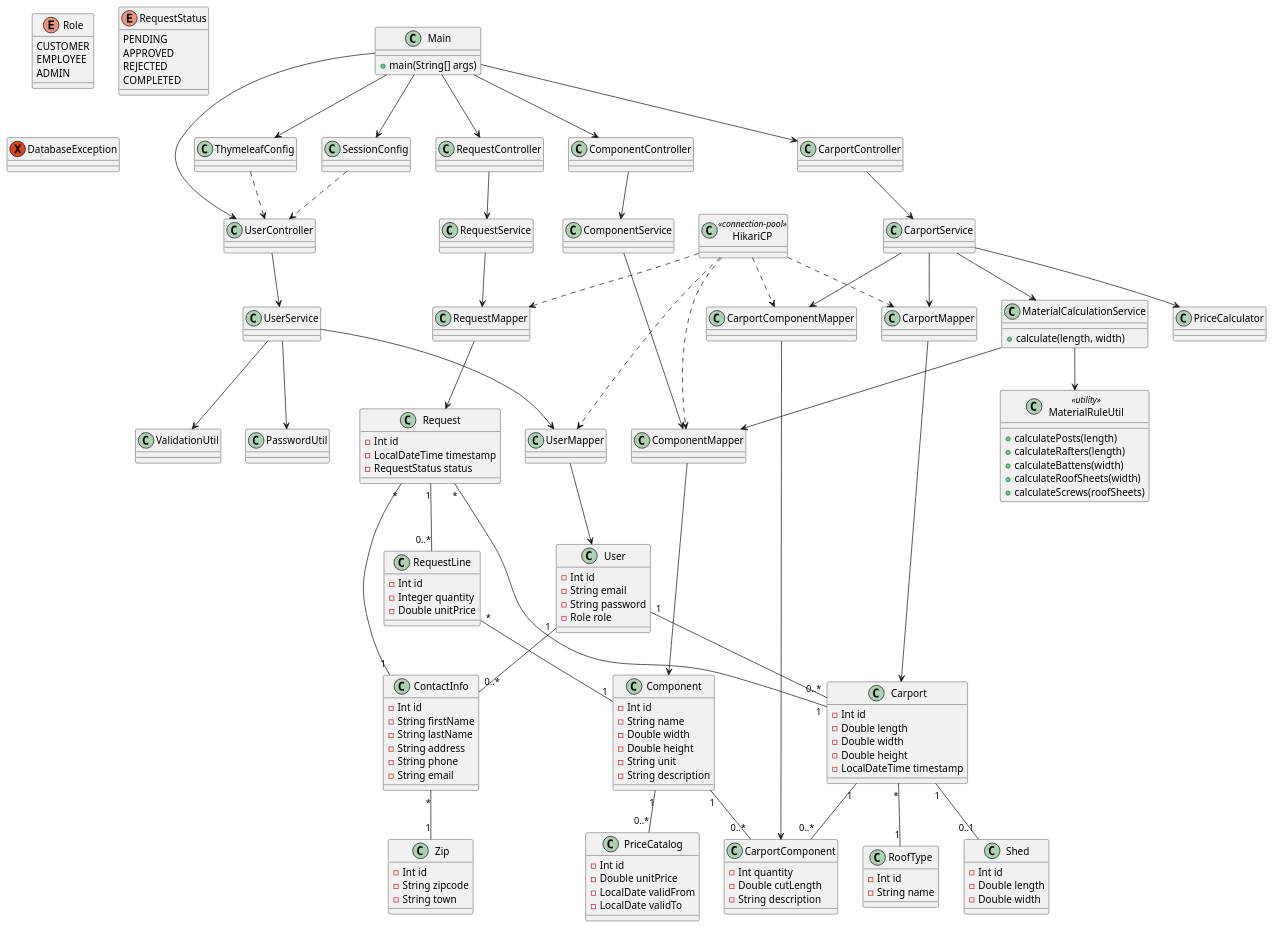
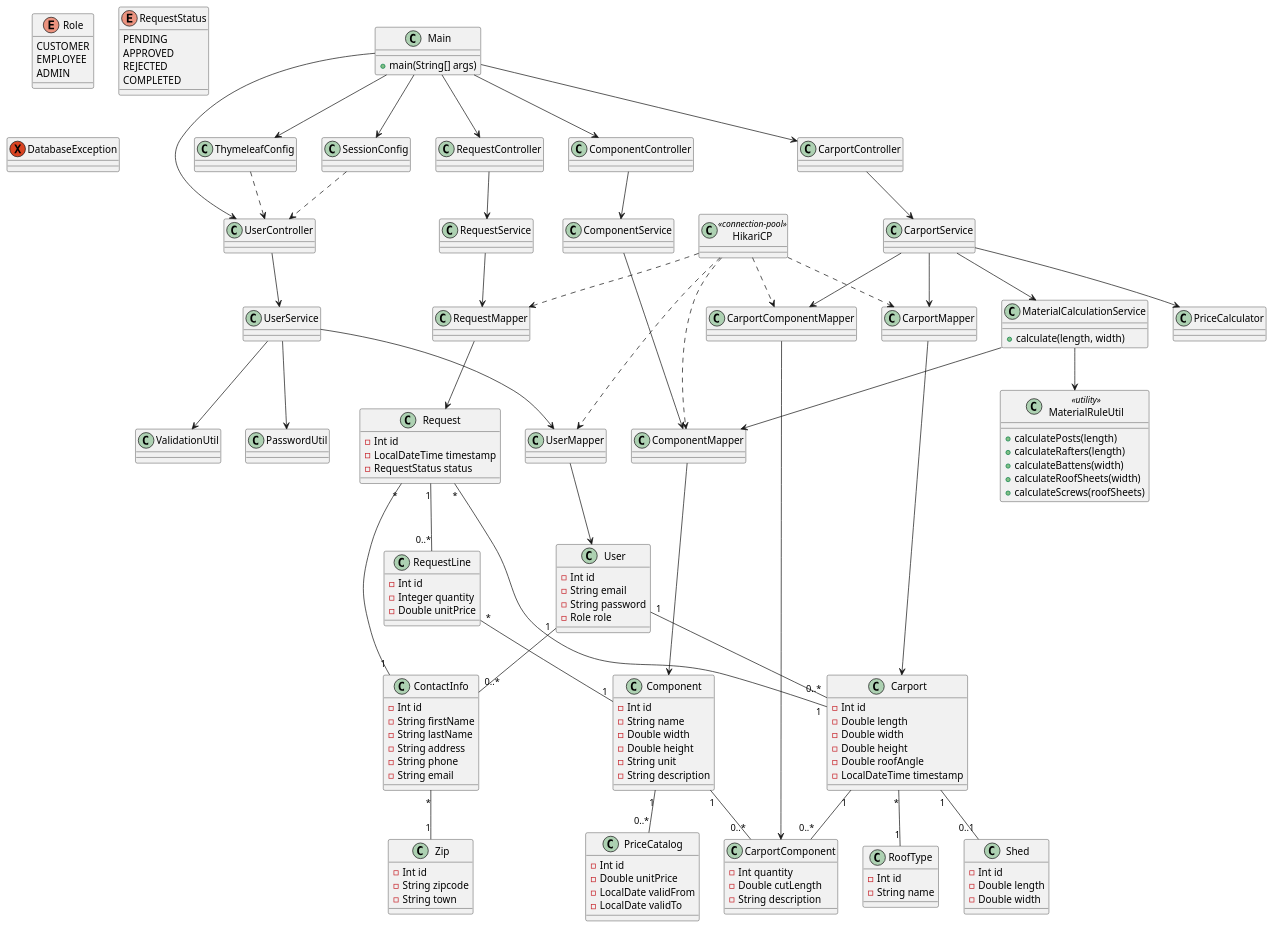
The diagram in docs/Models/ClassDiagram.puml (LoveBytes25/Carport), drawn with PlantUML before and after one commit. The commit also changed 1 other file, not shown here.

Commit message:
added Double roofAngle to carport entity

```diff
--- a/docs/Models/ClassDiagram.puml
+++ b/docs/Models/ClassDiagram.puml
@@ -96,7 +96,9 @@
   - Double length
   - Double width
   - Double height
+  - Double roofAngle
   - LocalDateTime timestamp
+
 }
 
 class CarportComponent {
```
